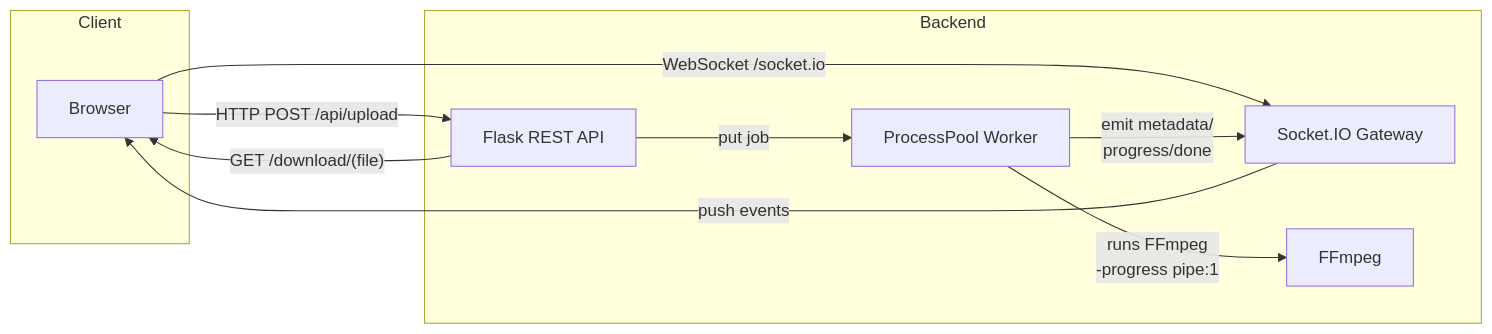
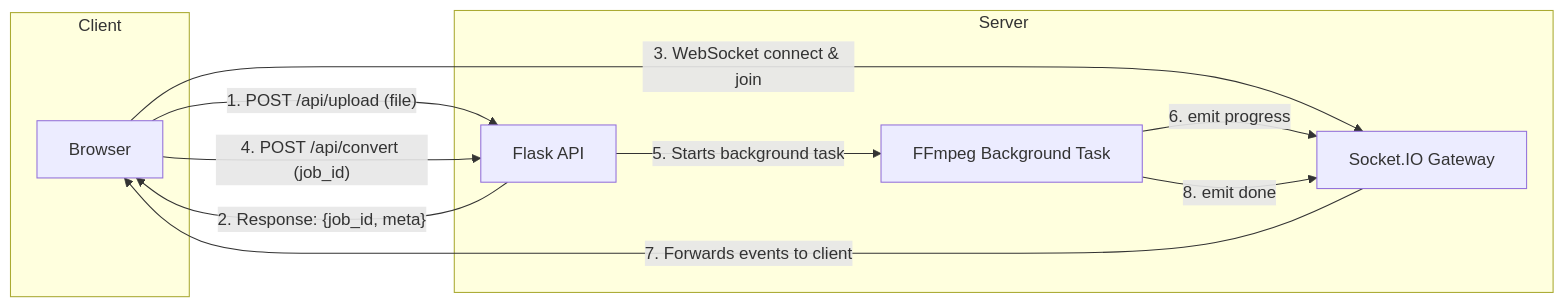
One commit to fovendor/roundify-video-bot changed the diagram in README.md. Above: the diagram before and after it, drawn with Mermaid. The commit also changed other lines of this file and 6 other files, not shown here.

````diff
--- a/README.md
+++ b/README.md
@@ -143,21 +20,21 @@
 ```mermaid
 graph LR
     subgraph Client
         A[Browser]
     end
 
-    subgraph Backend
-        B[Flask REST API]
+    subgraph Server
+        B[Flask API]
         C[Socket.IO Gateway]
-        D[ProcessPool Worker]
-        E[FFmpeg]
+        D[FFmpeg Background Task]
     end
 
-    A -- "HTTP POST /api/upload" --> B
-    A -- "WebSocket /socket.io" --> C
-    B -- "put job" --> D
-    D -- "runs FFmpeg\n-progress pipe:1" --> E
-    D -- "emit metadata/\nprogress/done" --> C
-    C -- "push events" --> A
-    B -- "GET /download/(file)" --> A
+    A -- "1. POST /api/upload (file)" --> B
+    B -- "2. Response: {job_id, meta}" --> A
+    A -- "3. WebSocket connect & join" --> C
+    A -- "4. POST /api/convert (job_id)" --> B
+    B -- "5. Starts background task" --> D
+    D -- "6. emit progress" --> C
+    C -- "7. Forwards events to client" --> A
+    D -- "8. emit done" --> C
 ```
````
